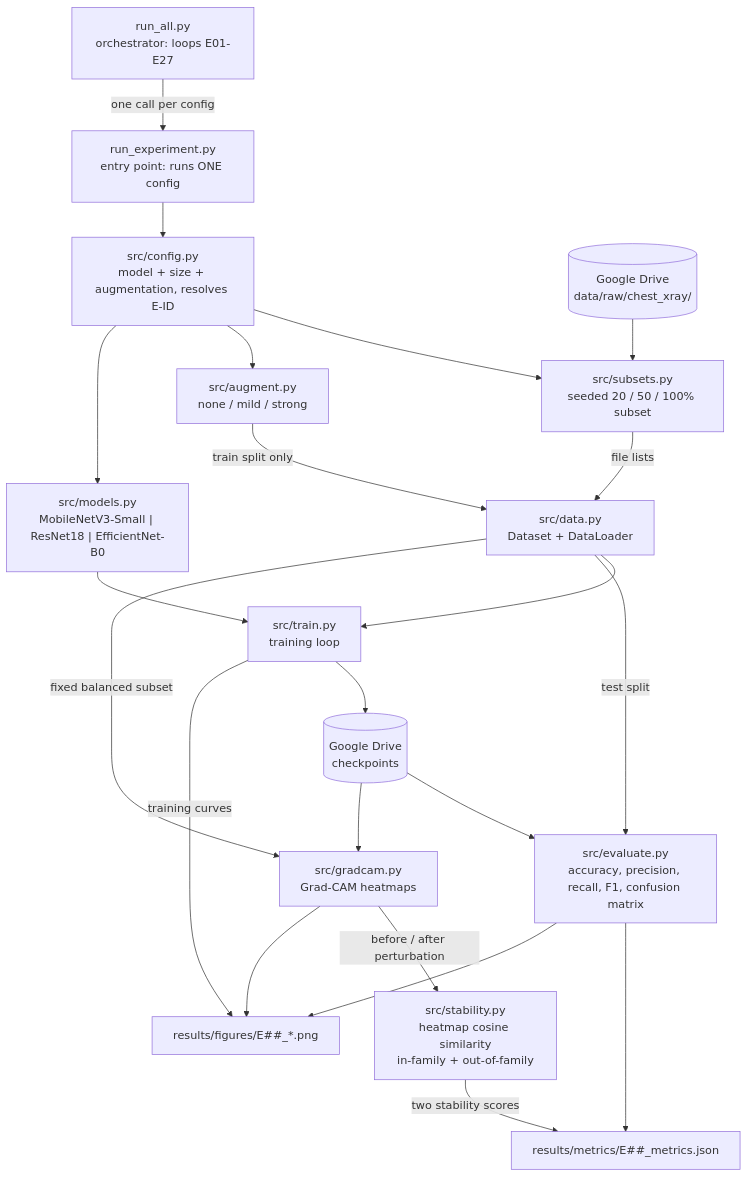
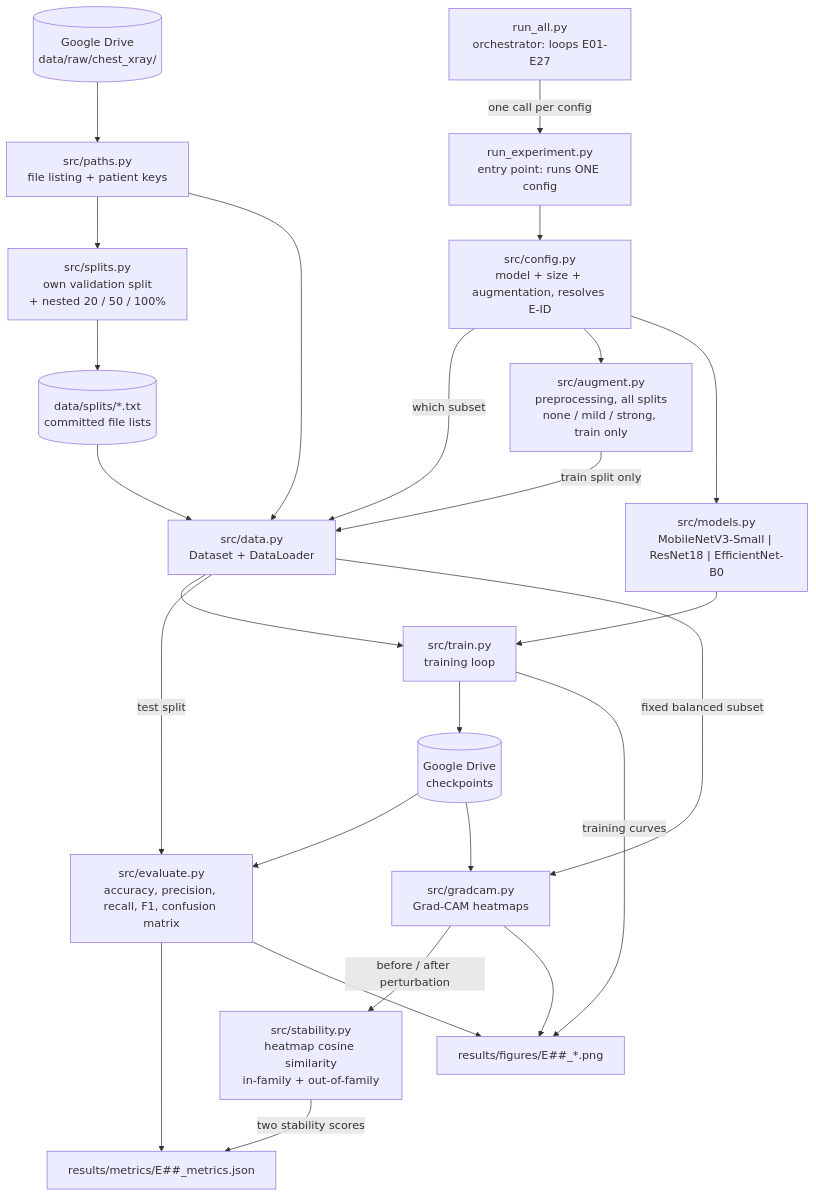
The diagram in docs/architecture.md (orbakish/limited-data-pneumonia-classification), drawn with Mermaid before and after one commit. The commit also changed other lines of this file and 7 other files, not shown here.

First line of the commit message:
Implement the patient-level validation split and nested subsets

````diff
--- a/docs/architecture.md
+++ b/docs/architecture.md
@@ -12,48 +14,53 @@
 ```mermaid
 flowchart TD
     RA["run_all.py<br/>orchestrator: loops E01-E27"]
     RE["run_experiment.py<br/>entry point: runs ONE config"]
     CFG["src/config.py<br/>model + size + augmentation, resolves E-ID"]
 
     RA -->|"one call per config"| RE
     RE --> CFG
 
     RAW[("Google Drive<br/>data/raw/chest_xray/")]
-    SUB["src/subsets.py<br/>seeded 20 / 50 / 100% subset"]
+    PTH["src/paths.py<br/>file listing + patient keys"]
+    SPL["src/splits.py<br/>own validation split<br/>+ nested 20 / 50 / 100%"]
+    LST[("data/splits/*.txt<br/>committed file lists")]
     DS["src/data.py<br/>Dataset + DataLoader"]
-    AUG["src/augment.py<br/>none / mild / strong"]
+    AUG["src/augment.py<br/>preprocessing, all splits<br/>none / mild / strong, train only"]
 
-    CFG --> SUB
-    RAW --> SUB
-    SUB -->|"file lists"| DS
+    RAW --> PTH
+    PTH --> SPL
+    SPL --> LST
+    LST --> DS
+    PTH --> DS
+    CFG -->|"which subset"| DS
     AUG -->|"train split only"| DS
     CFG --> AUG
 
     MOD["src/models.py<br/>MobileNetV3-Small | ResNet18 | EfficientNet-B0"]
     TR["src/train.py<br/>training loop"]
     CKPT[("Google Drive<br/>checkpoints")]
 
     CFG --> MOD
     DS --> TR
     MOD --> TR
     TR --> CKPT
 
     EV["src/evaluate.py<br/>accuracy, precision, recall, F1, confusion matrix"]
     GC["src/gradcam.py<br/>Grad-CAM heatmaps"]
     ST["src/stability.py<br/>heatmap cosine similarity<br/>in-family + out-of-family"]
 
     CKPT --> EV
     CKPT --> GC
     DS -->|"test split"| EV
     DS -->|"fixed balanced subset"| GC
     GC -->|"before / after perturbation"| ST
 
     MET["results/metrics/E##_metrics.json"]
     FIG["results/figures/E##_*.png"]
 
     EV --> MET
     ST -->|"two stability scores"| MET
     EV --> FIG
     GC --> FIG
     TR -->|"training curves"| FIG
 ```
````
